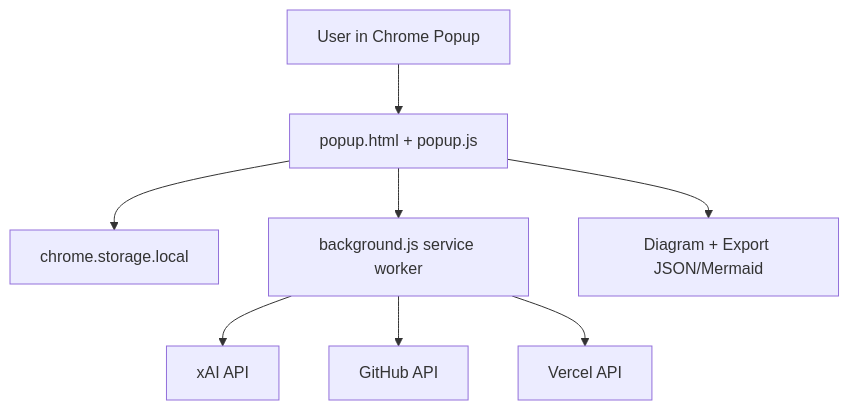
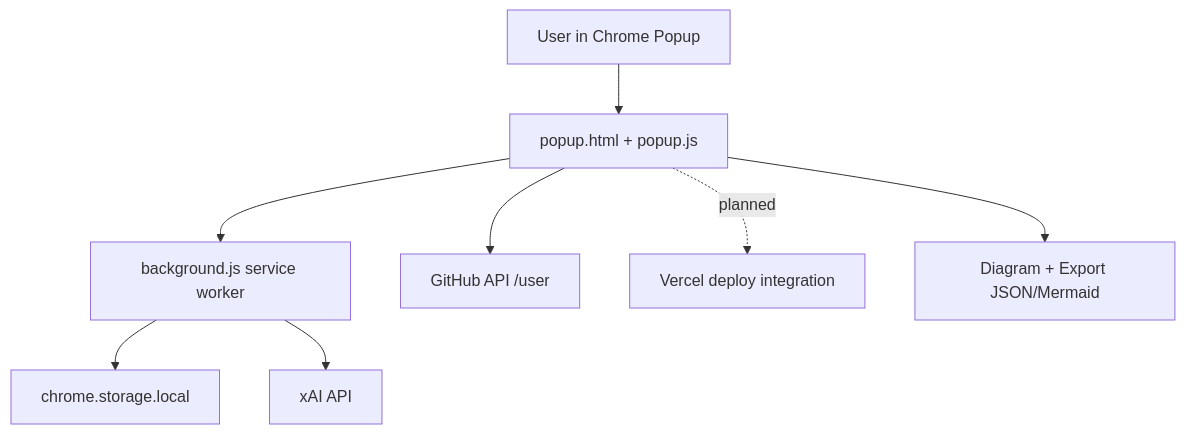
Before and after one commit to groupthinking/agentic-chrome-extension-slingshot: the diagram in README.md, drawn with Mermaid. The commit also changed other lines of this file and 2 other files, not shown here.

````diff
--- a/README.md
+++ b/README.md
@@ -37,10 +45,10 @@
 ```mermaid
 flowchart TD
   U[User in Chrome Popup] --> P[popup.html + popup.js]
-  P --> S[chrome.storage.local]
   P --> B[background.js service worker]
+  B --> S[chrome.storage.local]
   B --> G[xAI API]
-  B --> GH[GitHub API]
-  B --> V[Vercel API]
+  P --> GH[GitHub API /user]
+  P -. planned .-> V[Vercel deploy integration]
   P --> D[Diagram + Export JSON/Mermaid]
 ```
````
